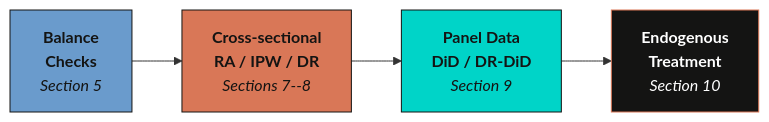
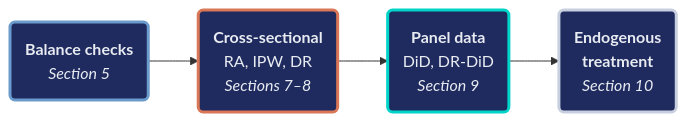
One commit to cmg777/starter-academic-v501 changed the second of 8 diagrams in content/post/stata_rct/index.md. Above: the diagram before and after it, drawn with Mermaid. The commit also changed other lines of this file and 2 other files, not shown here.

First line of the commit message:
content(mermaid): restyle flowcharts in stata_rct, python_dowhy, r_estimateW (pilot)

````diff
--- a/content/post/stata_rct/index.md
+++ b/content/post/stata_rct/index.md
@@ -306,16 +305,19 @@
 ```mermaid
 graph LR
-    A["<b>Balance<br/>Checks</b><br/><i>Section 5</i>"]
-    B["<b>Cross-sectional<br/>RA / IPW / DR</b><br/><i>Sections 7--8</i>"]
-    C["<b>Panel Data<br/>DiD / DR-DiD</b><br/><i>Section 9</i>"]
-    D["<b>Endogenous<br/>Treatment</b><br/><i>Section 10</i>"]
+    A("<b>Balance checks</b><br/><i>Section 5</i>")
+    B("<b>Cross-sectional</b><br/>RA, IPW, DR<br/><i>Sections 7–8</i>")
+    C("<b>Panel data</b><br/>DiD, DR-DiD<br/><i>Section 9</i>")
+    D("<b>Endogenous<br/>treatment</b><br/><i>Section 10</i>")
 
     A --> B
     B --> C
     C --> D
-
-    style A fill:#6a9bcc,stroke:#141413,color:#141413
-    style B fill:#d97757,stroke:#141413,color:#141413
-    style C fill:#00d4c8,stroke:#141413,color:#141413
-    style D fill:#141413,stroke:#d97757,color:#fff
+    classDef blue fill:#1f2b5e,stroke:#6a9bcc,stroke-width:3px,color:#e8ecf2
+    classDef orange fill:#1f2b5e,stroke:#d97757,stroke-width:3px,color:#e8ecf2
+    classDef teal fill:#1f2b5e,stroke:#00d4c8,stroke-width:3px,color:#e8ecf2
+    classDef gray fill:#1f2b5e,stroke:#c8d0e0,stroke-width:3px,color:#e8ecf2
+    class A blue
+    class B orange
+    class C teal
+    class D gray
 ```
````
